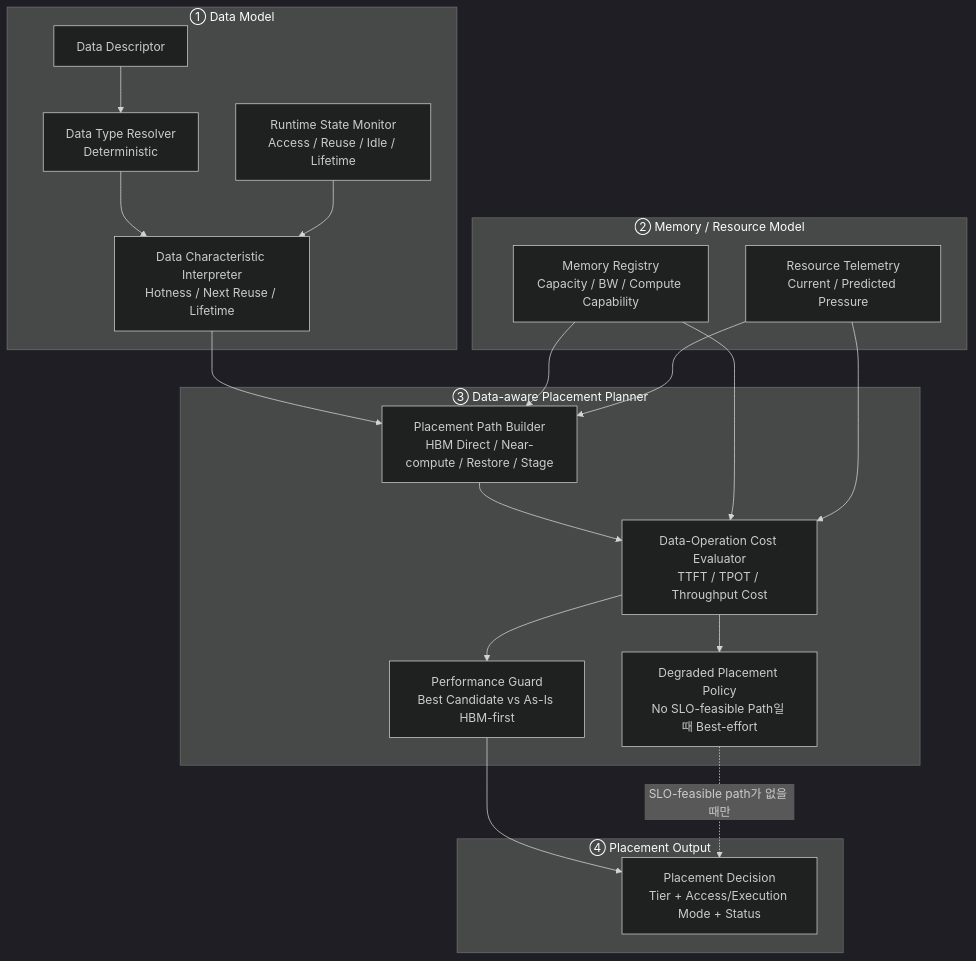
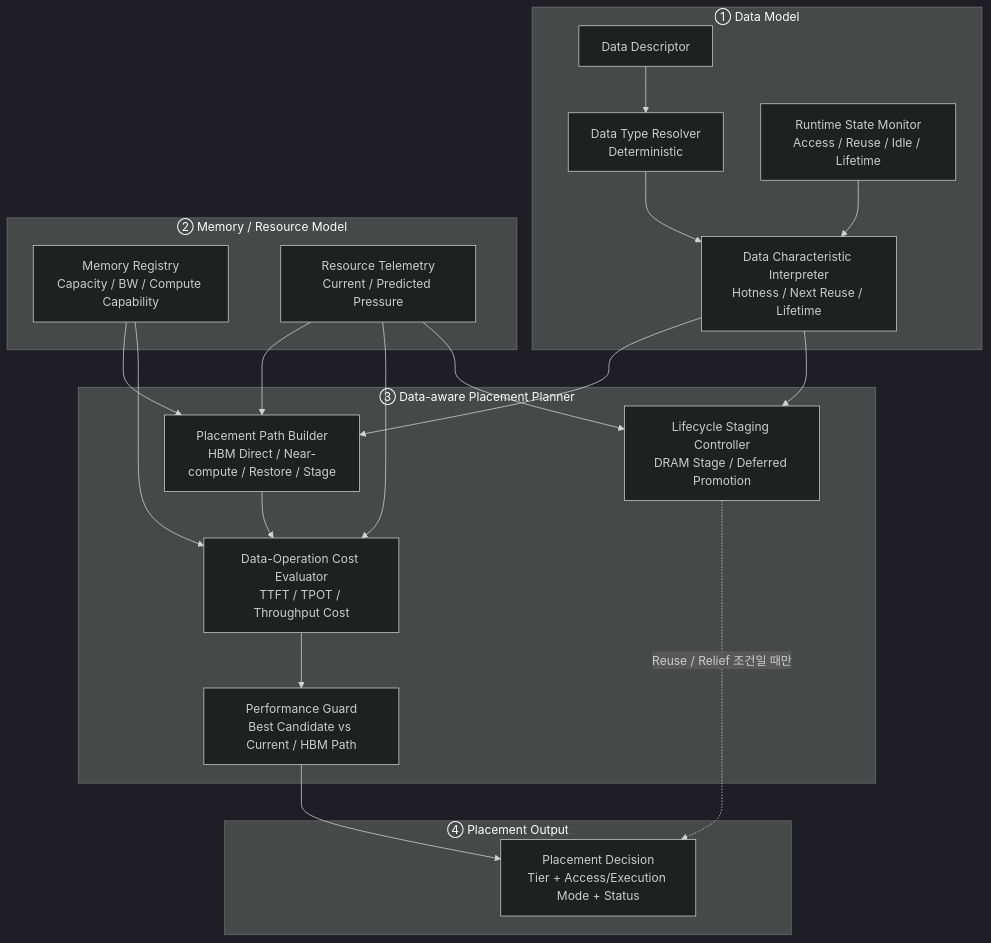
The second of 2 diagrams in doc-architect/dp1-reinforcement-v2-design.md (mkim0628/vllm), drawn with Mermaid (dark theme) before and after one commit. The commit also changed other lines of this file, not shown here.

Commit message:
Align C2-R2 design with SLO-independent performance policy

````diff
--- a/doc-architect/dp1-reinforcement-v2-design.md
+++ b/doc-architect/dp1-reinforcement-v2-design.md
@@ -204,44 +204,45 @@
 ```mermaid
 flowchart TB
 
     subgraph DM["① Data Model"]
         DD["Data Descriptor"]
         DTR["Data Type Resolver<br/>Deterministic"]
         RSM["Runtime State Monitor<br/>Access / Reuse / Idle / Lifetime"]
         DCI["Data Characteristic Interpreter<br/>Hotness / Next Reuse / Lifetime"]
     end
 
     subgraph MM["② Memory / Resource Model"]
         MR["Memory Registry<br/>Capacity / BW / Compute Capability"]
         TM["Resource Telemetry<br/>Current / Predicted Pressure"]
     end
 
     subgraph PP["③ Data-aware Placement Planner"]
         PB["Placement Path Builder<br/>HBM Direct / Near-compute / Restore / Stage"]
         CE["Data-Operation Cost Evaluator<br/>TTFT / TPOT / Throughput Cost"]
-        BG["Performance Guard<br/>Best Candidate vs As-Is HBM-first"]
-        DP["Degraded Placement Policy<br/>No SLO-feasible Path일 때 Best-effort"]
+        BG["Performance Guard<br/>Best Candidate vs Current / HBM Path"]
+        LS["Lifecycle Staging Controller<br/>DRAM Stage / Deferred Promotion"]
     end
 
     subgraph OUT["④ Placement Output"]
         DEC["Placement Decision<br/>Tier + Access/Execution Mode + Status"]
     end
 
     DD --> DTR
     DTR --> DCI
     RSM --> DCI
 
     DCI --> PB
     MR --> PB
     TM --> PB
 
     PB --> CE
     MR --> CE
     TM --> CE
 
     CE --> BG
-    CE --> DP
+    DCI --> LS
+    TM --> LS
 
     BG --> DEC
-    DP -. "SLO-feasible path가 없을 때만" .-> DEC
+    LS -. "Reuse / Relief 조건일 때만" .-> DEC
 ```
````
